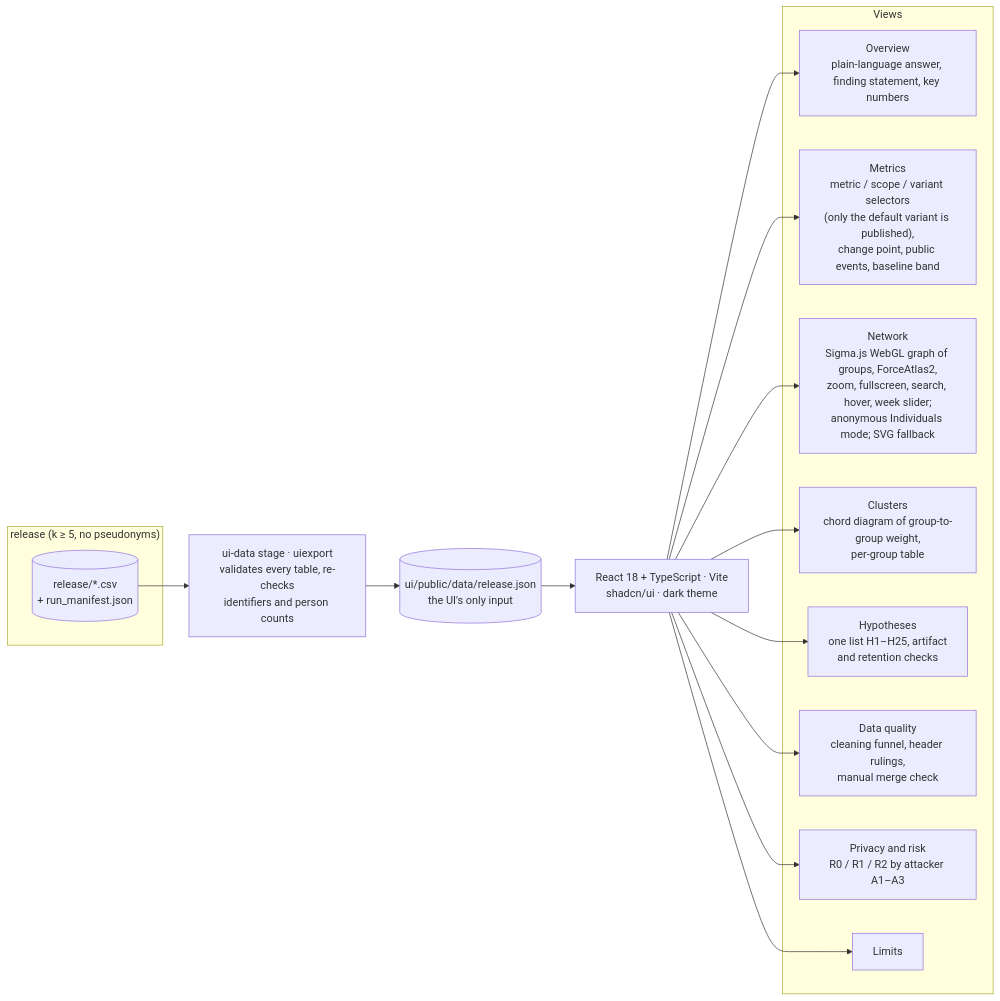
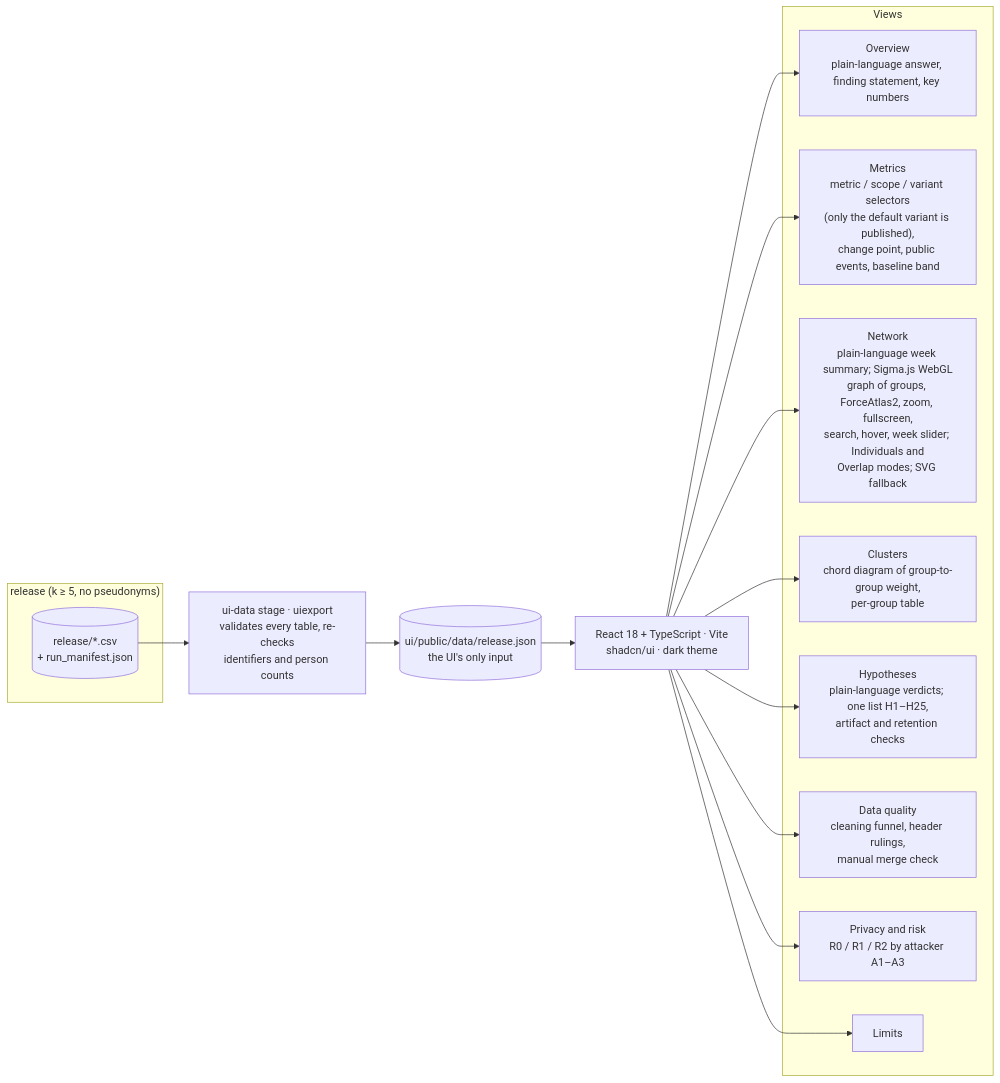
One commit to marcusvieira88/network-science changed the sixth of 6 diagrams in docs/architecture.md. Above: the diagram before and after it, drawn with Mermaid. The commit also changed other lines of this file and 9 other files, not shown here.

````diff
--- a/docs/architecture.md
+++ b/docs/architecture.md
@@ -230,20 +230,20 @@
 ```mermaid
 flowchart LR
     subgraph REL["release (k ≥ 5, no pseudonyms)"]
         T8[(release/*.csv<br/>+ run_manifest.json)]
     end
     T8 --> S10[ui-data stage · uiexport<br/>validates every table, re-checks<br/>identifiers and person counts]
     S10 --> J[(ui/public/data/release.json<br/>the UI's only input)]
     J --> APP[React 18 + TypeScript · Vite<br/>shadcn/ui · dark theme]
     subgraph Views
         V1[Overview<br/>plain-language answer, finding statement, key numbers]
         V2["Metrics<br/>metric / scope / variant selectors<br/>(only the default variant is published),<br/>change point, public events, baseline band"]
-        V3[Network<br/>Sigma.js WebGL graph of groups, ForceAtlas2,<br/>zoom, fullscreen, search, hover, week slider;<br/>anonymous Individuals mode; SVG fallback]
+        V3[Network<br/>plain-language week summary; Sigma.js WebGL<br/>graph of groups, ForceAtlas2, zoom, fullscreen,<br/>search, hover, week slider; Individuals and<br/>Overlap modes; SVG fallback]
         V4[Clusters<br/>chord diagram of group-to-group weight,<br/>per-group table]
-        V5[Hypotheses<br/>one list H1–H25, artifact<br/>and retention checks]
+        V5[Hypotheses<br/>plain-language verdicts; one list H1–H25,<br/>artifact and retention checks]
         V6[Data quality<br/>cleaning funnel, header rulings,<br/>manual merge check]
         V7[Privacy and risk<br/>R0 / R1 / R2 by attacker A1–A3]
         V8[Limits]
     end
     APP --> V1 & V2 & V3 & V4 & V5 & V6 & V7 & V8
 ```
````
